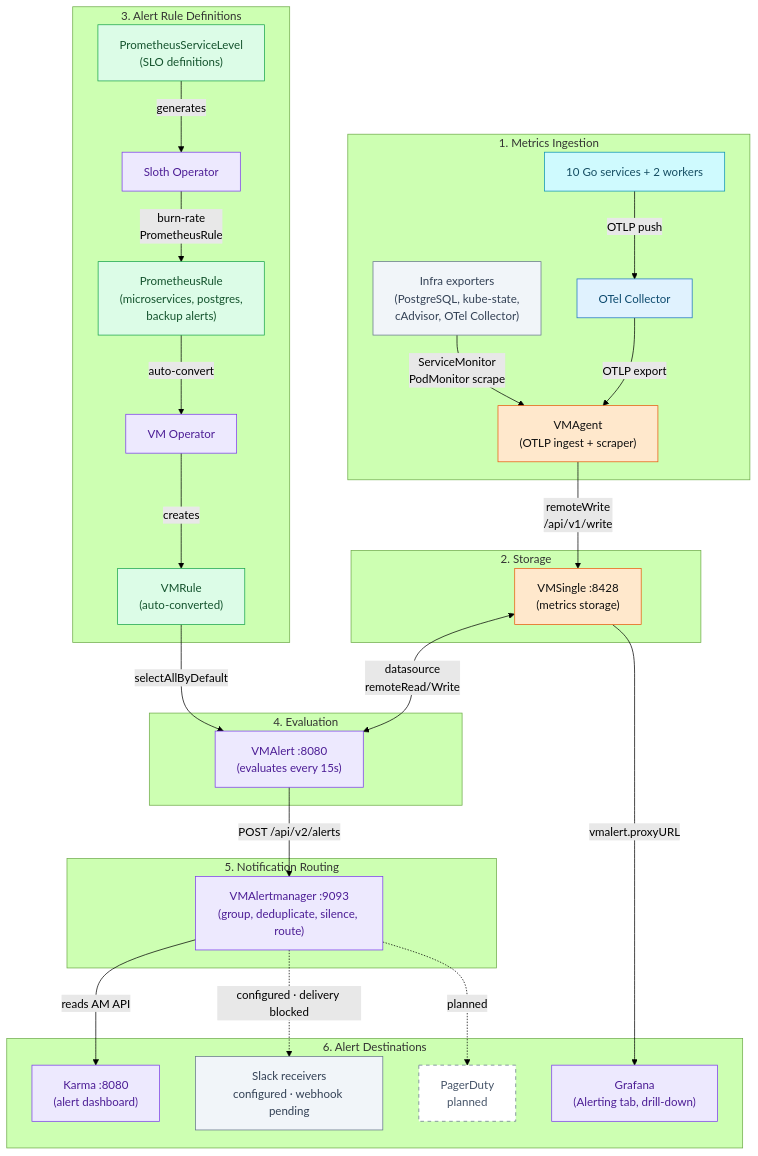
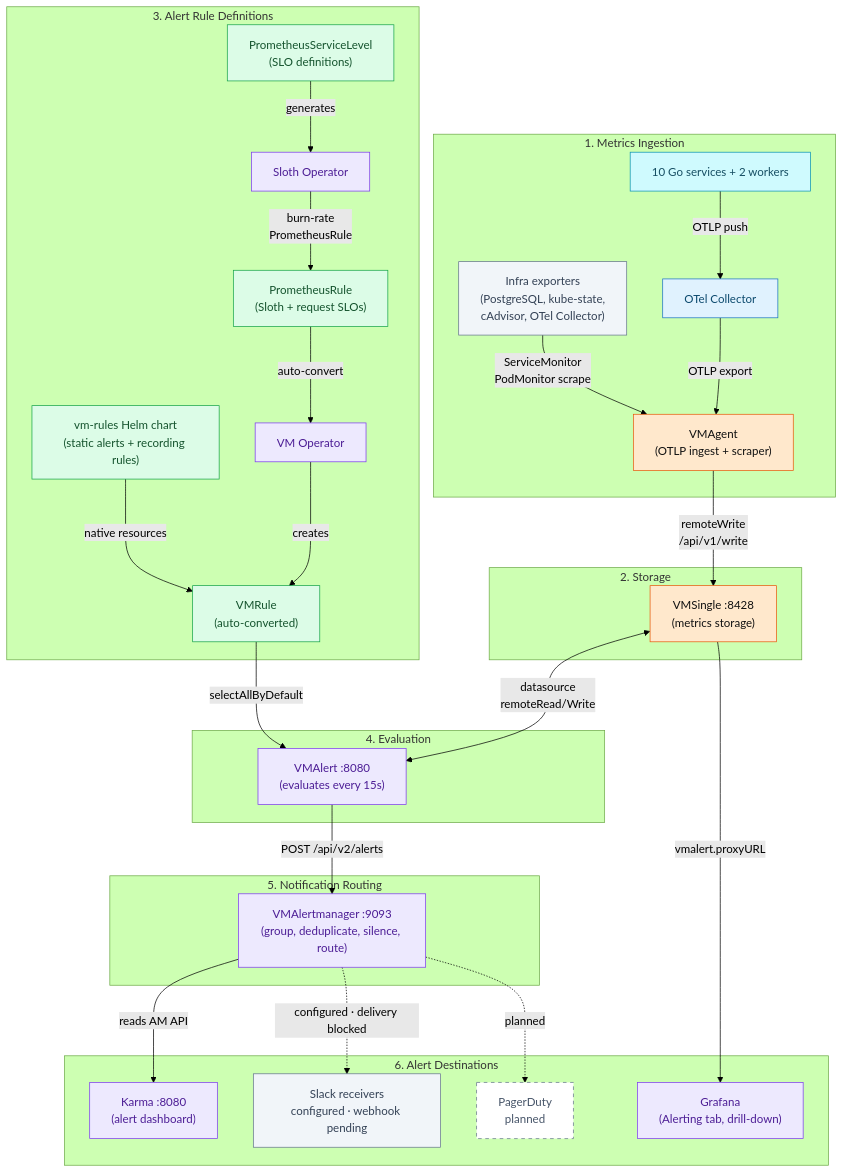
The first of 3 diagrams in docs/observability/alerting/README.md (duynhlab/homelab), drawn with Mermaid (forest theme) before and after one commit. The commit also changed other lines of this file and 310 other files, not shown here.

Commit message:
Remove migrated static rule sources

````diff
--- a/docs/observability/alerting/README.md
+++ b/docs/observability/alerting/README.md
@@ -15,68 +15,70 @@
 ```mermaid
 flowchart TD
     subgraph ingestion ["1. Metrics Ingestion"]
         Apps["10 Go services + 2 workers"]
         Infra["Infra exporters<br/>(PostgreSQL, kube-state,<br/>cAdvisor, OTel Collector)"]
         OTEL["OTel Collector"]
         VMAgent["VMAgent<br/>(OTLP ingest + scraper)"]
         Apps -->|"OTLP push"| OTEL
         OTEL -->|"OTLP export"| VMAgent
         Infra -->|"ServiceMonitor<br/>PodMonitor scrape"| VMAgent
     end
 
     subgraph storage ["2. Storage"]
         VMSingle["VMSingle :8428<br/>(metrics storage)"]
         VMAgent -->|"remoteWrite<br/>/api/v1/write"| VMSingle
     end
 
     subgraph rules ["3. Alert Rule Definitions"]
-        PR["PrometheusRule<br/>(microservices, postgres,<br/>backup alerts)"]
+        PR["PrometheusRule<br/>(Sloth + request SLOs)"]
+        ChartRules["vm-rules Helm chart<br/>(static alerts + recording rules)"]
         PSL["PrometheusServiceLevel<br/>(SLO definitions)"]
         Sloth["Sloth Operator"]
         VMOp["VM Operator"]
         VMRule["VMRule<br/>(auto-converted)"]
 
         PSL -->|generates| Sloth
         Sloth -->|"burn-rate<br/>PrometheusRule"| PR
+        ChartRules -->|native resources| VMRule
         PR -->|auto-convert| VMOp
         VMOp -->|creates| VMRule
     end
 
     subgraph evaluation ["4. Evaluation"]
         VMAlert["VMAlert :8080<br/>(evaluates every 15s)"]
         VMRule -->|selectAllByDefault| VMAlert
         VMSingle <-->|"datasource<br/>remoteRead/Write"| VMAlert
     end
 
     subgraph notification ["5. Notification Routing"]
         VMAM["VMAlertmanager :9093<br/>(group, deduplicate, silence, route)"]
         VMAlert -->|"POST /api/v2/alerts"| VMAM
     end
 
     subgraph destinations ["6. Alert Destinations"]
         Karma["Karma :8080<br/>(alert dashboard)"]
         Grafana["Grafana<br/>(Alerting tab, drill-down)"]
         Slack["Slack receivers<br/>configured · webhook pending"]
         PagerDuty["PagerDuty<br/>planned"]
 
         VMAM -->|"reads AM API"| Karma
         VMSingle -->|"vmalert.proxyURL"| Grafana
         VMAM -.->|"configured · delivery blocked"| Slack
         VMAM -.->|"planned"| PagerDuty
     end
 
     classDef service fill:#cffafe,color:#164e63,stroke:#0891b2;
     classDef platform fill:#ede9fe,color:#4c1d95,stroke:#7c3aed;
     classDef external fill:#f1f5f9,color:#334155,stroke:#64748b;
     classDef metric fill:#ffe8cc,color:#111,stroke:#e8590c;
     classDef collector fill:#e0f2fe,color:#0c4a6e,stroke:#1971c2;
     classDef data fill:#dcfce7,color:#14532d,stroke:#16a34a;
     classDef planned fill:#fff,color:#475569,stroke:#64748b,stroke-dasharray:5 5;
     class Apps service;
     class OTEL collector;
     class VMAgent,VMSingle metric;
-    class PR,PSL,VMRule data;
+    class PR,PSL,VMRule,ChartRules data;
     class Sloth,VMOp,VMAlert,VMAM,Karma,Grafana platform;
     class Infra,Slack external;
     class PagerDuty planned;
 ```
````
